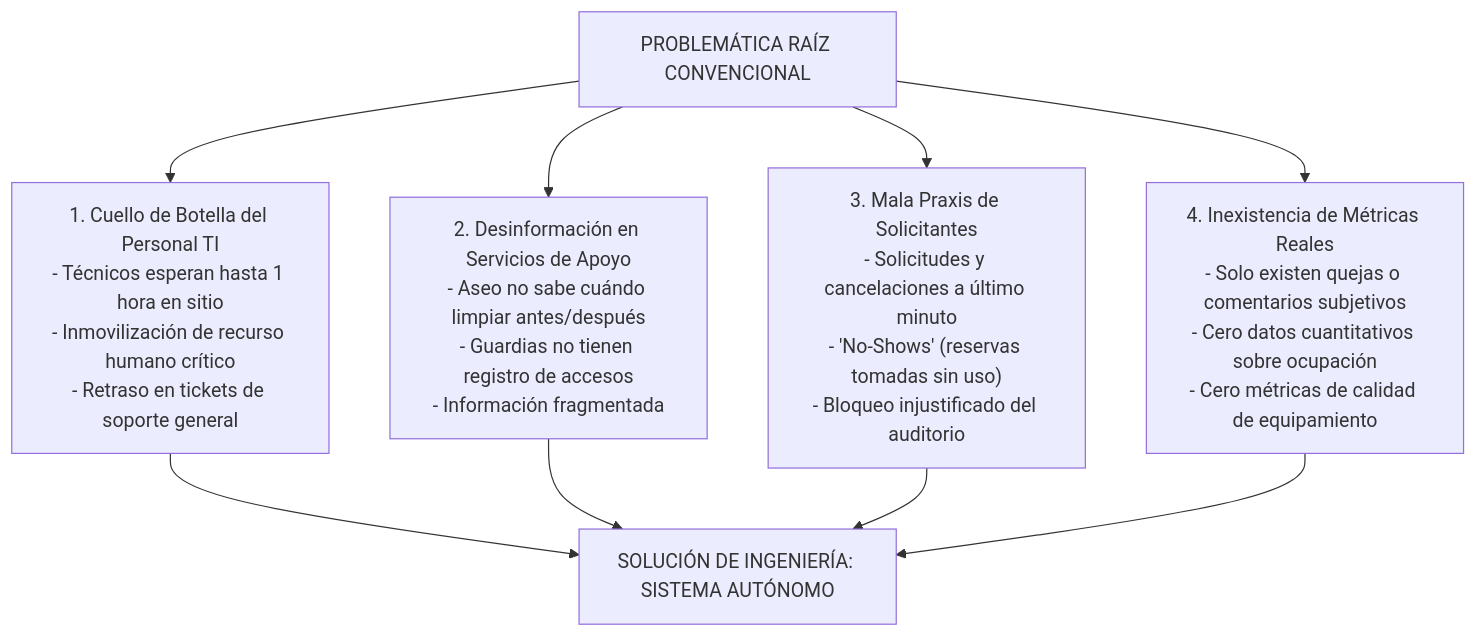
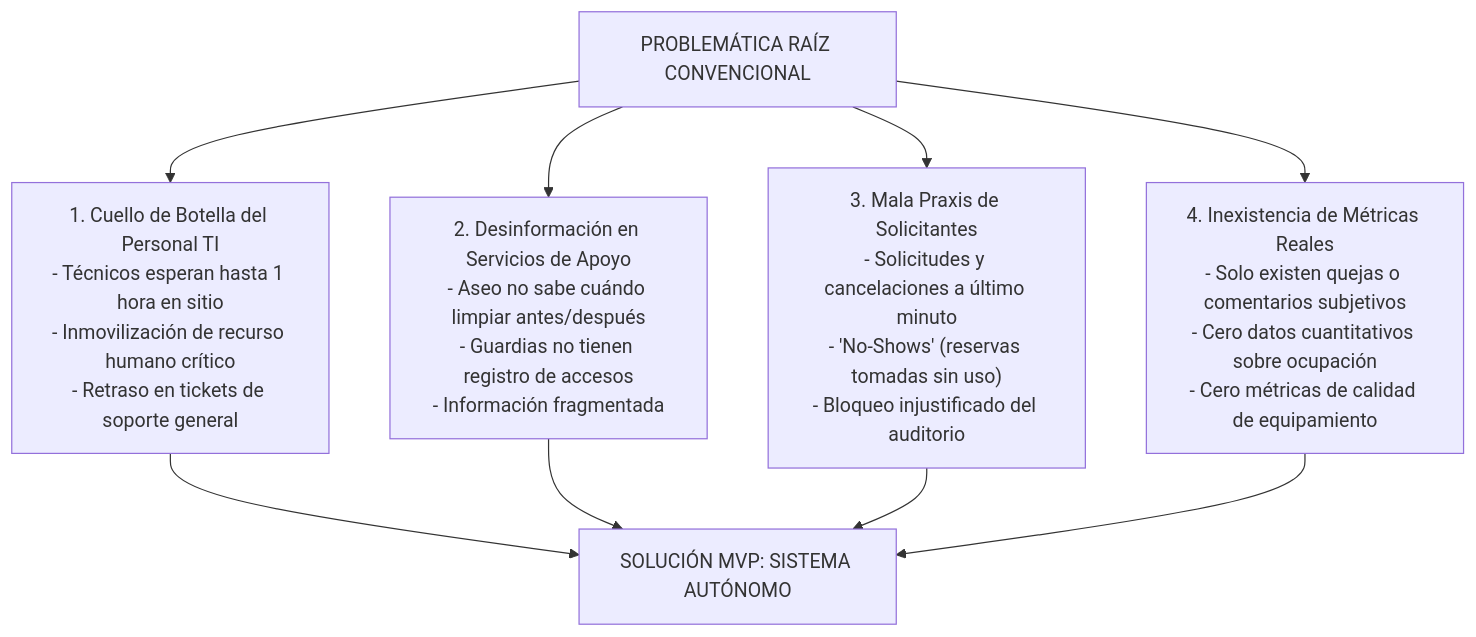
One commit to IMANDOI/sistema-gestion-auditorios-capstone changed the third of 10 diagrams in informe_fase_1_definicion_proyecto.md. Above: the diagram before and after it, drawn with Mermaid. The commit also changed other lines of this file, not shown here.

Commit message:
docs(fase1): formalizar alcance de Producto Minimo Viable (MVP) y Roadmap (informe_fase_1_definicion_proyecto.md)

````diff
--- a/informe_fase_1_definicion_proyecto.md
+++ b/informe_fase_1_definicion_proyecto.md
@@ -122,14 +124,14 @@
 ```mermaid
 graph TD
     P[PROBLEMÁTICA RAÍZ CONVENCIONAL]
     
     P --> P1["1. Cuello de Botella del Personal TI<br>- Técnicos esperan hasta 1 hora en sitio<br>- Inmovilización de recurso humano crítico<br>- Retraso en tickets de soporte general"]
     P --> P2["2. Desinformación en Servicios de Apoyo<br>- Aseo no sabe cuándo limpiar antes/después<br>- Guardias no tienen registro de accesos<br>- Información fragmentada"]
     P --> P3["3. Mala Praxis de Solicitantes<br>- Solicitudes y cancelaciones a último minuto<br>- 'No-Shows' (reservas tomadas sin uso)<br>- Bloqueo injustificado del auditorio"]
     P --> P4["4. Inexistencia de Métricas Reales<br>- Solo existen quejas o comentarios subjetivos<br>- Cero datos cuantitativos sobre ocupación<br>- Cero métricas de calidad de equipamiento"]
 
-    P1 --> S["SOLUCIÓN DE INGENIERÍA: SISTEMA AUTÓNOMO"]
+    P1 --> S["SOLUCIÓN MVP: SISTEMA AUTÓNOMO"]
     P2 --> S
     P3 --> S
     P4 --> S
 ```
````
